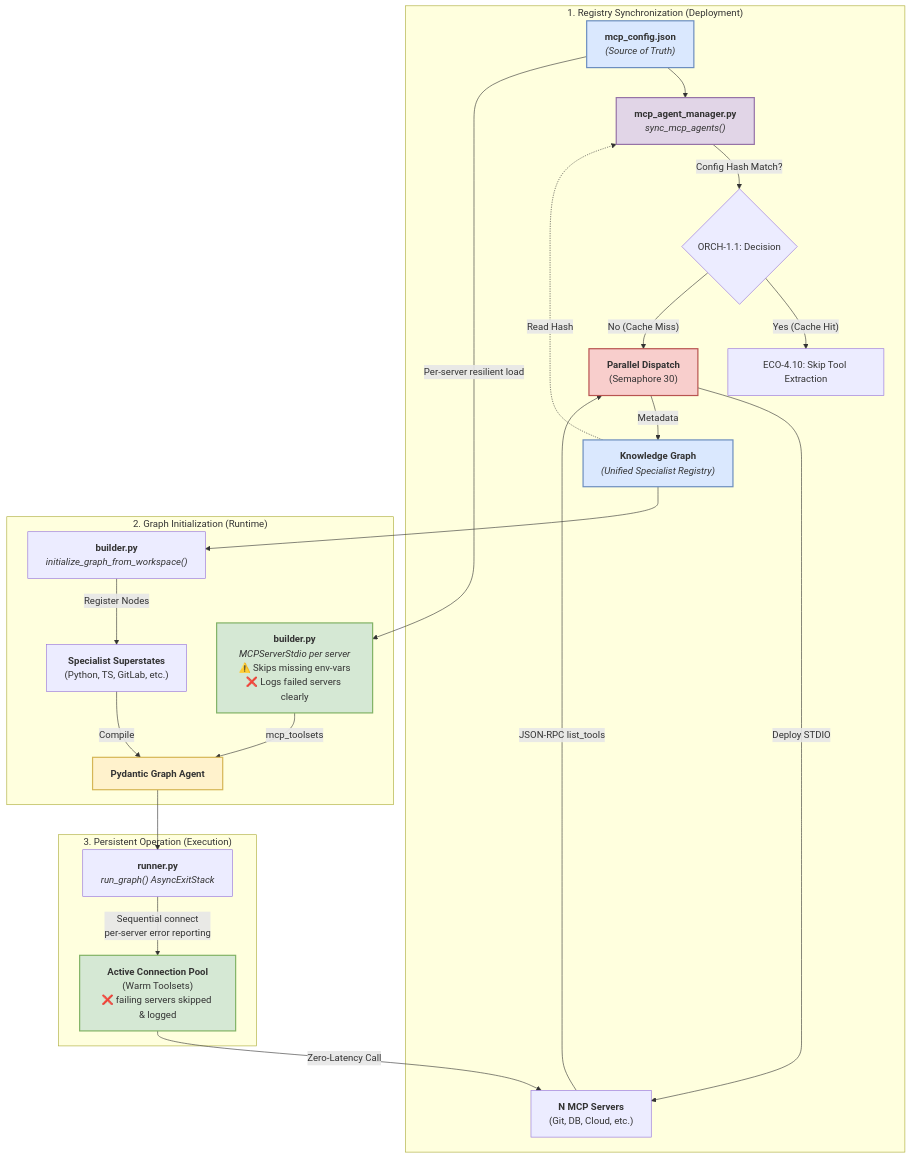
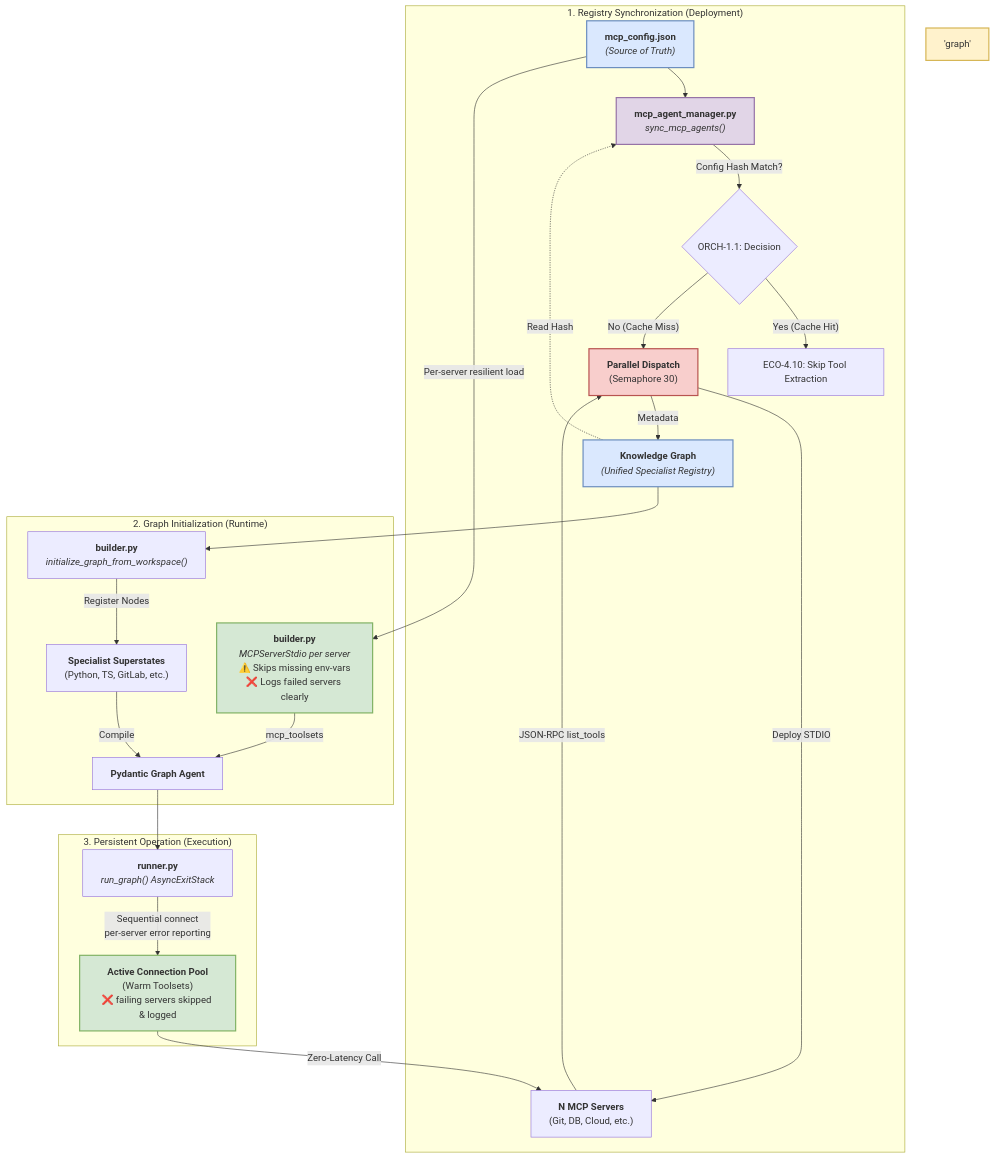
The second of 2 diagrams in docs/pillars/4_ecosystem_peripherals.md (Knuckles-Team/agent-utilities), drawn with Mermaid before and after one commit. The commit also changed 41 other files, not shown here.

````diff
--- a/docs/pillars/4_ecosystem_peripherals.md
+++ b/docs/pillars/4_ecosystem_peripherals.md
@@ -183,38 +183,38 @@
 ```mermaid
 graph TD
     subgraph Registry_Phase ["1. Registry Synchronization (Deployment)"]
         Config["<b>mcp_config.json</b><br/><i>(Source of Truth)</i>"] --> Manager["<b>mcp_agent_manager.py</b><br/><i>sync_mcp_agents()</i>"]
         KG_Registry["<b>Knowledge Graph</b><br/><i>(Unified Specialist Registry)</i>"] -.->|Read Hash| Manager
 
         Manager -->|Config Hash Match?| Branch{ORCH-1.1: Decision}
         Branch -- "Yes (Cache Hit)" --> Skip["ECO-4.10: Skip Tool Extraction"]
         Branch -- "No (Cache Miss)" --> Parallel["<b>Parallel Dispatch</b><br/>(Semaphore 30)"]
 
         Parallel -->|Deploy STDIO| Servers["<b>N MCP Servers</b><br/>(Git, DB, Cloud, etc.)"]
         Servers -->|JSON-RPC list_tools| Parallel
         Parallel -->|Metadata| KG_Registry
     end
 
     subgraph Initialization_Phase ["2. Graph Initialization (Runtime)"]
         Config -->|Per-server resilient load| Loader["<b>builder.py</b><br/><i>MCPServerStdio per server</i><br/>⚠️ Skips missing env-vars<br/>❌ Logs failed servers clearly"]
         KG_Registry --> Builder["<b>builder.py</b><br/><i>initialize_graph_from_workspace()</i>"]
-        Loader -->|mcp_toolsets| 'graph'
+        Loader -->|mcp_toolsets| graphNode
         Builder -->|Register Nodes| Specialists["<b>Specialist Superstates</b><br/>(Python, TS, GitLab, etc.)"]
-        Specialists -->|Compile| 'graph'["<b>Pydantic Graph Agent</b>"]
+        Specialists -->|Compile| graphNode["<b>Pydantic Graph Agent</b>"]
     end
 
     subgraph Operation_Phase ["3. Persistent Operation (Execution)"]
-        'graph' --> Lifespan["<b>runner.py</b><br/><i>run_graph() AsyncExitStack</i>"]
+        graphNode --> Lifespan["<b>runner.py</b><br/><i>run_graph() AsyncExitStack</i>"]
         Lifespan -->|"Sequential connect<br/>per-server error reporting"| ConnPool["<b>Active Connection Pool</b><br/>(Warm Toolsets)<br/>❌ failing servers skipped & logged"]
         ConnPool -->|Zero-Latency Call| Servers
     end
 
     %% Styling
     style Config fill:#dae8fe,stroke:#6c8ebf,stroke-width:2px
     style KG_Registry fill:#dae8fe,stroke:#6c8ebf,stroke-width:2px
     style Manager fill:#e1d5e7,stroke:#9673a6,stroke-width:2px
     style Parallel fill:#f8cecc,stroke:#b85450,stroke-width:2px
     style ConnPool fill:#d5e8d4,stroke:#82b366,stroke-width:2px
     style 'graph' fill:#fff2cc,stroke:#d6b656,stroke-width:2px
     style Loader fill:#d5e8d4,stroke:#82b366,stroke-width:2px
 ```
````
